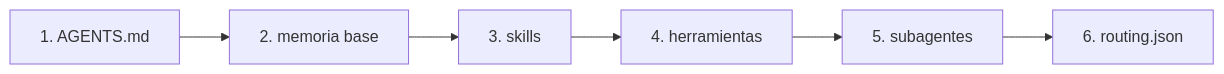
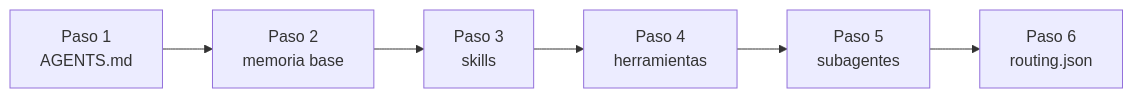
One commit to ada-school/ada-harness changed the ninth of 9 diagrams in README.md. Above: the diagram before and after it, drawn with Mermaid. The commit also changed other lines of this file and 5 other files, not shown here.

````diff
--- a/README.md
+++ b/README.md
@@ -375,4 +375,4 @@
 ```mermaid
 flowchart LR
-    P1["1. AGENTS.md"] --> P2["2. memoria base"] --> P3["3. skills"] --> P4["4. herramientas"] --> P5["5. subagentes"] --> P6["6. routing.json"]
+    P1["Paso 1<br/>AGENTS.md"] --> P2["Paso 2<br/>memoria base"] --> P3["Paso 3<br/>skills"] --> P4["Paso 4<br/>herramientas"] --> P5["Paso 5<br/>subagentes"] --> P6["Paso 6<br/>routing.json"]
 ```
````
